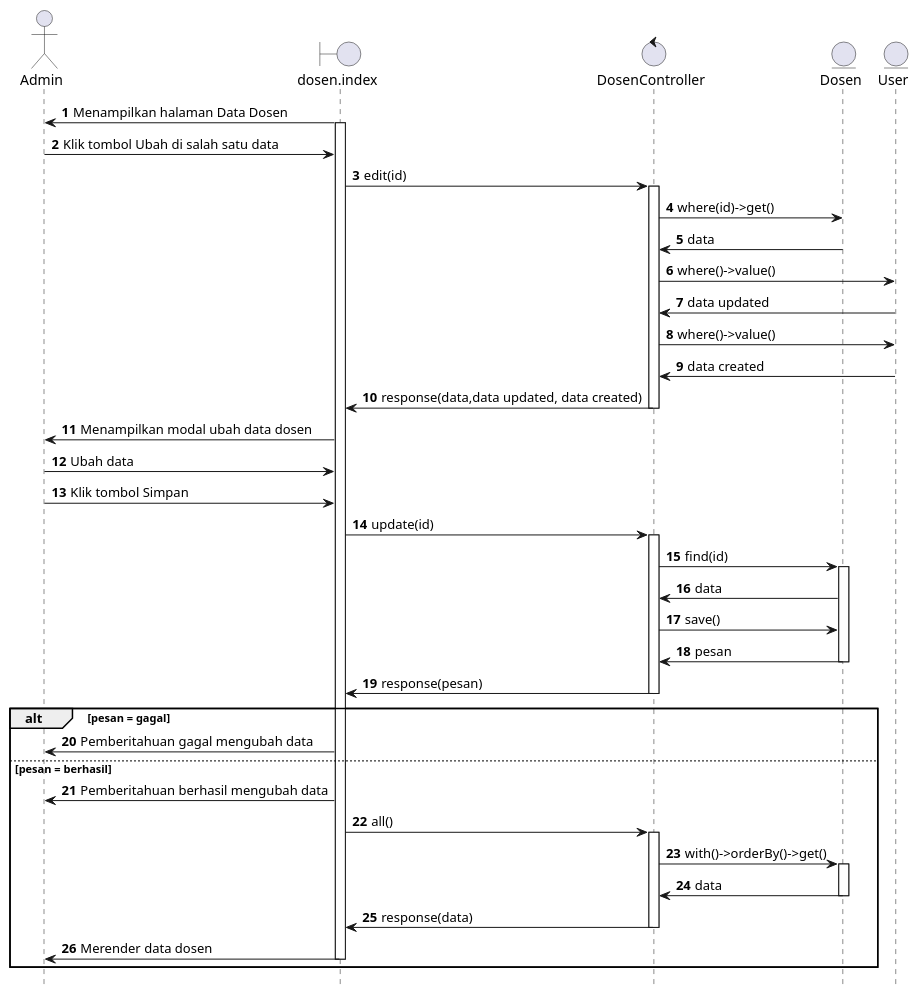
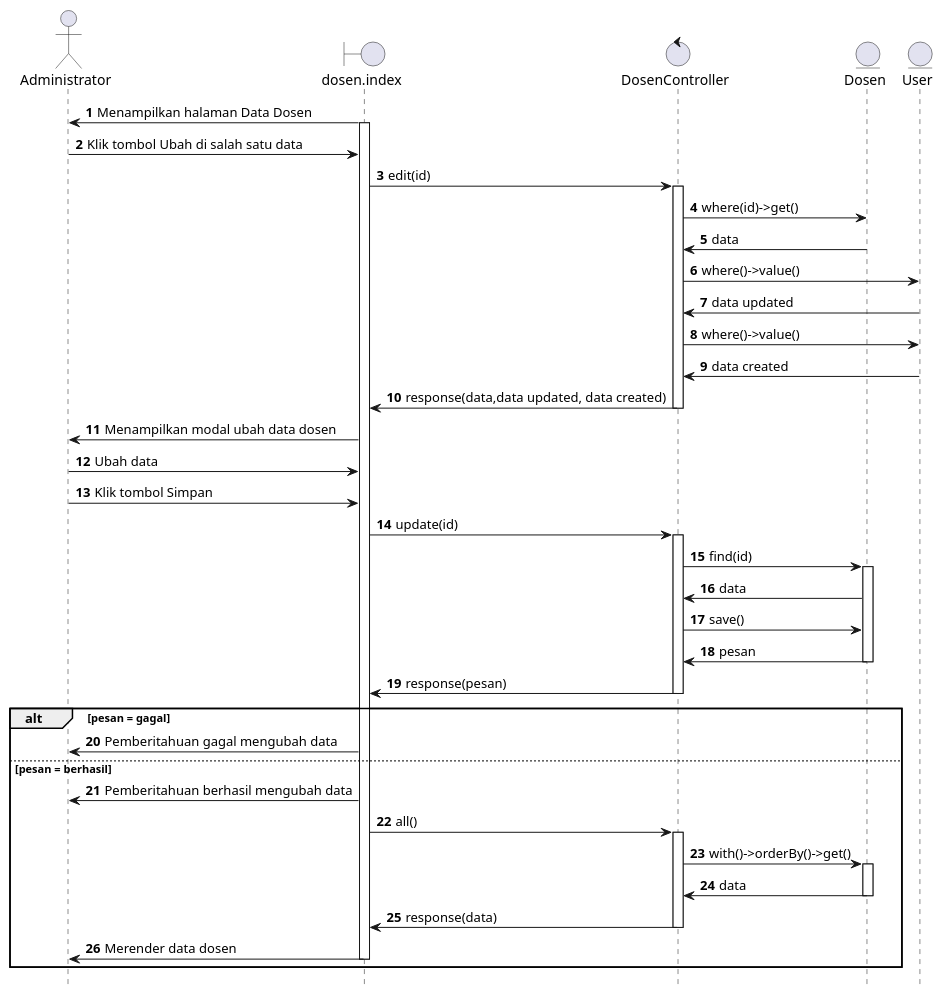
Before and after one commit to dhymasriyanto/shamy: the diagram in public/puml/dosen/ubah.puml, drawn with PlantUML. The commit also changed 18 other files, not shown here.

```diff
--- a/public/puml/dosen/ubah.puml
+++ b/public/puml/dosen/ubah.puml
@@ -1,95 +1,95 @@
 @startuml sequence_diagram
 hide footbox
 autonumber
 
-actor Admin
+actor Administrator
 boundary dosen.index
 control DosenController
 entity Dosen
 entity User
 
-dosen.index -> Admin : Menampilkan halaman Data Dosen
+dosen.index -> Administrator : Menampilkan halaman Data Dosen
 
 activate dosen.index
 
-Admin -> dosen.index : Klik tombol Ubah di salah satu data
+Administrator -> dosen.index : Klik tombol Ubah di salah satu data
 
 dosen.index -> DosenController : edit(id)
 
 activate DosenController
 
 DosenController -> Dosen : where(id)->get()
 
 Dosen -> DosenController : data
 
 DosenController -> User : where()->value()
 
 User -> DosenController : data updated
 
 DosenController -> User : where()->value()
 
 User -> DosenController : data created
 
 DosenController -> dosen.index : response(data,data updated, data created)
 
 deactivate DosenController
 
-dosen.index -> Admin : Menampilkan modal ubah data dosen
+dosen.index -> Administrator : Menampilkan modal ubah data dosen
 
-Admin -> dosen.index : Ubah data
+Administrator -> dosen.index : Ubah data
 
-Admin -> dosen.index : Klik tombol Simpan
+Administrator -> dosen.index : Klik tombol Simpan
 
 dosen.index -> DosenController : update(id)
 
 activate DosenController
 
 DosenController -> Dosen : find(id)
 
 activate Dosen
 
 Dosen -> DosenController : data
 
 DosenController -> Dosen : save()
 
 Dosen -> DosenController : pesan
 
 deactivate Dosen
 
 DosenController -> dosen.index : response(pesan)
 
 deactivate DosenController
 
 alt pesan = gagal
 
-dosen.index -> Admin : Pemberitahuan gagal mengubah data
+dosen.index -> Administrator : Pemberitahuan gagal mengubah data
 
 else pesan = berhasil
 
-dosen.index -> Admin : Pemberitahuan berhasil mengubah data
+dosen.index -> Administrator : Pemberitahuan berhasil mengubah data
 
 dosen.index -> DosenController  : all()
 
 activate DosenController
 
 DosenController -> Dosen : with()->orderBy()->get()
 
 activate Dosen
 
 Dosen -> DosenController : data
 
 deactivate Dosen
 
 DosenController -> dosen.index : response(data)
 
 deactivate DosenController
 
-dosen.index -> Admin : Merender data dosen
+dosen.index -> Administrator : Merender data dosen
 
 deactivate dosen.index
 
 deactivate DosenController
 
 end
 
 @enduml
```
